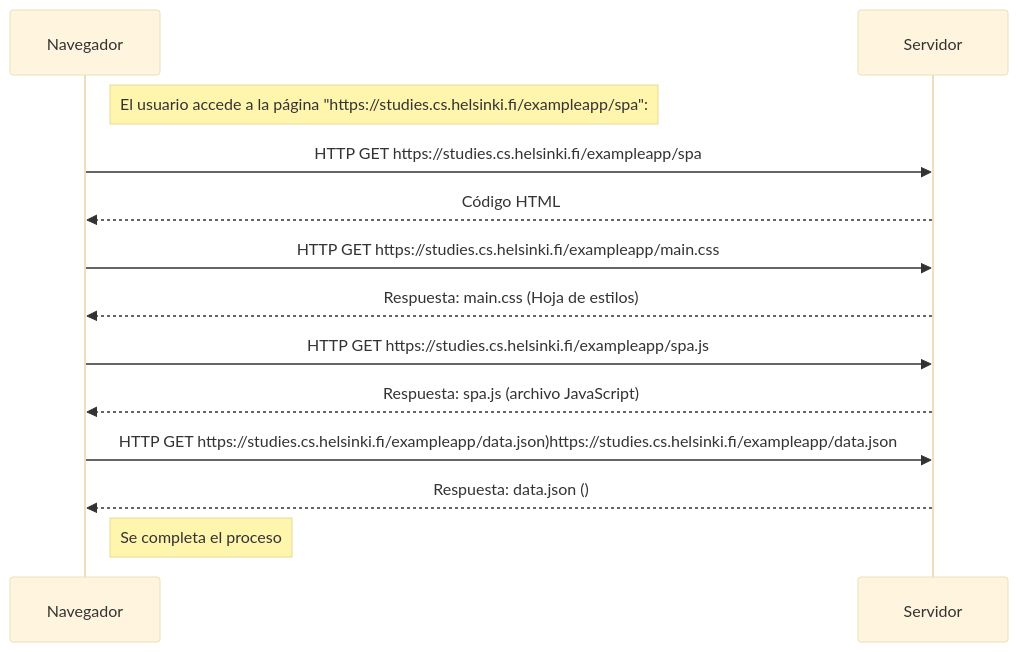
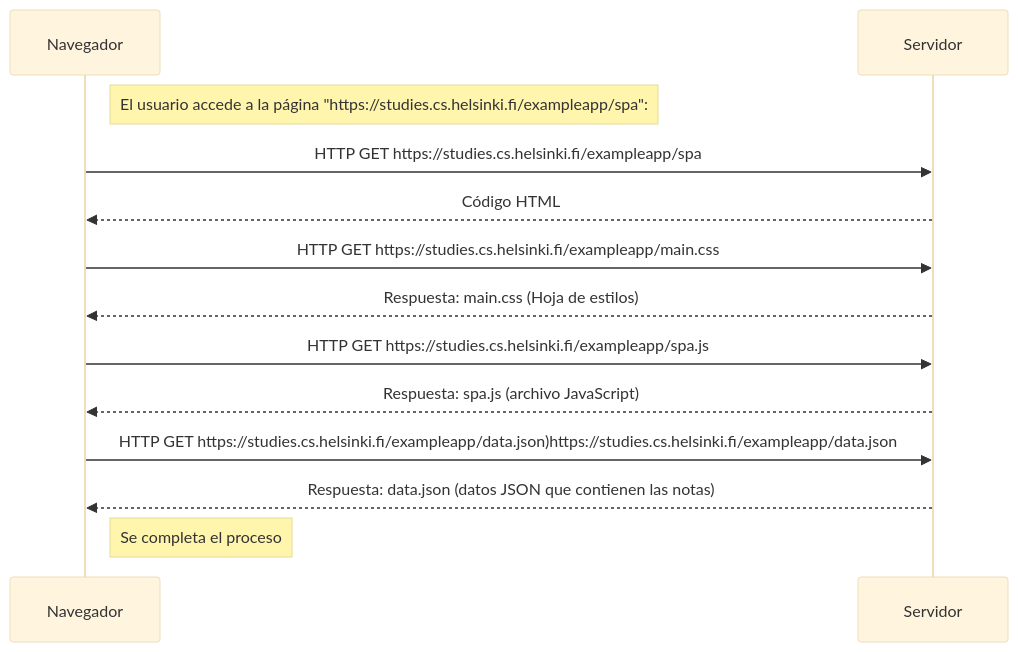
One commit to estebanrcr/FullStackOpen changed the diagram in Part-0/05-Diagrama-app-una-sola-pagina.md. Above: the diagram before and after it, drawn with Mermaid (base theme).

````diff
--- a/Part-0/05-Diagrama-app-una-sola-pagina.md
+++ b/Part-0/05-Diagrama-app-una-sola-pagina.md
@@ -1,18 +1,18 @@
 ```mermaid
 sequenceDiagram
 Participant Navegador
 Participant Servidor
 
 Note right of Navegador: El usuario accede a la página "https://studies.cs.helsinki.fi/exampleapp/spa":
 Navegador ->>  Servidor: HTTP GET https://studies.cs.helsinki.fi/exampleapp/spa
 Servidor -->> Navegador: Código HTML
 Navegador ->>  Servidor: HTTP GET https://studies.cs.helsinki.fi/exampleapp/main.css
 Servidor -->> Navegador: Respuesta: main.css (Hoja de estilos)
 Navegador ->>  Servidor:  HTTP GET https://studies.cs.helsinki.fi/exampleapp/spa.js
 Servidor -->> Navegador: Respuesta: spa.js (archivo JavaScript)
 Navegador ->>  Servidor: HTTP GET https://studies.cs.helsinki.fi/exampleapp/data.json)https://studies.cs.helsinki.fi/exampleapp/data.json
-Servidor -->> Navegador: Respuesta: data.json ()
+Servidor -->> Navegador: Respuesta: data.json (datos JSON que contienen las notas)
 
 Note right of Navegador: Se completa el proceso
 
 ```
````
